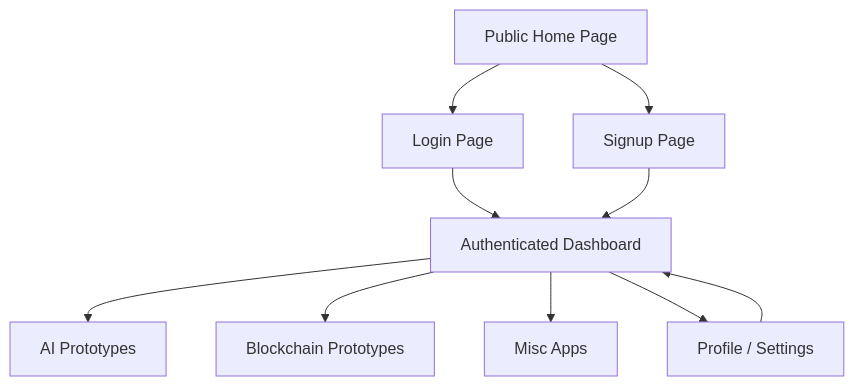
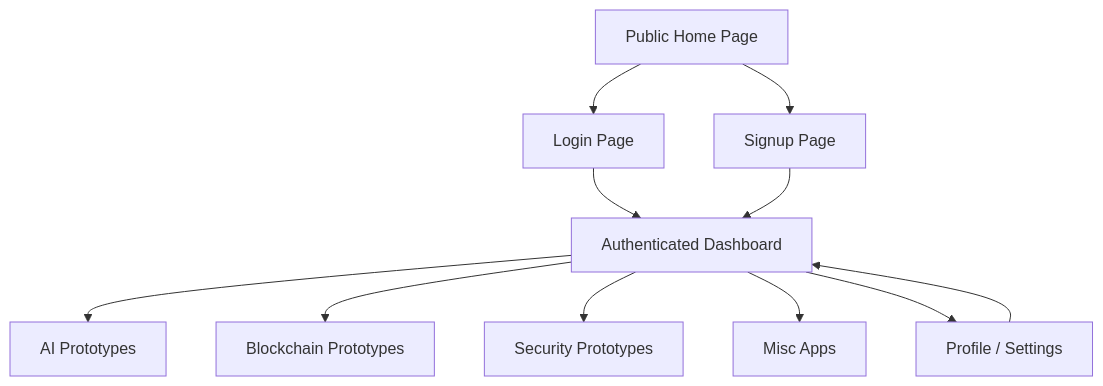
One commit to radhikari89/codex-demo changed the diagram in docs/ai-agents/staging/workflow-wireframe-draft.md. Above: the diagram before and after it, drawn with Mermaid. The commit also changed other lines of this file and 4 other files, not shown here.

````diff
--- a/docs/ai-agents/staging/workflow-wireframe-draft.md
+++ b/docs/ai-agents/staging/workflow-wireframe-draft.md
@@ -26,21 +26,23 @@
 ```mermaid
 flowchart TD
   home[Public Home Page]
   login[Login Page]
   signup[Signup Page]
   dashboard[Authenticated Dashboard]
   ai[AI Prototypes]
   blockchain[Blockchain Prototypes]
+  security[Security Prototypes]
   misc[Misc Apps]
   profile[Profile / Settings]
 
   home --> login
   home --> signup
   login --> dashboard
   signup --> dashboard
   dashboard --> ai
   dashboard --> blockchain
+  dashboard --> security
   dashboard --> misc
   dashboard --> profile
   profile --> dashboard
 ```
````
